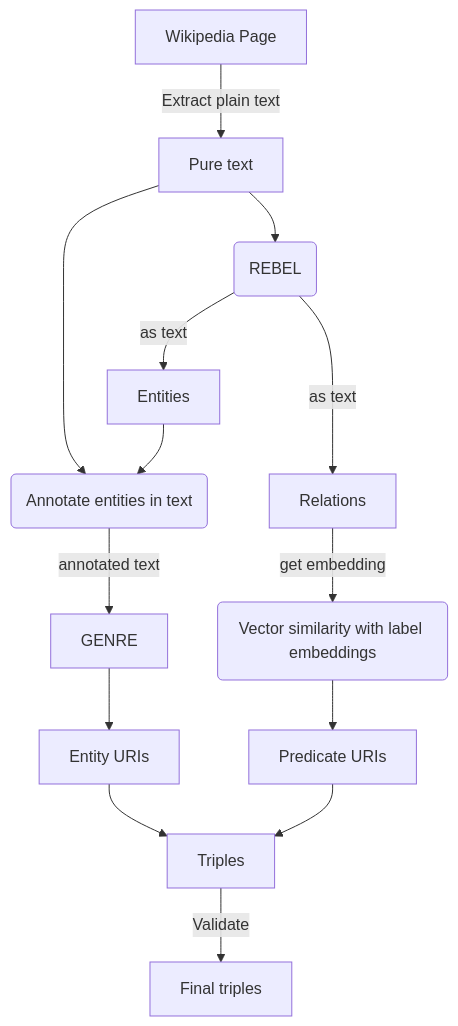
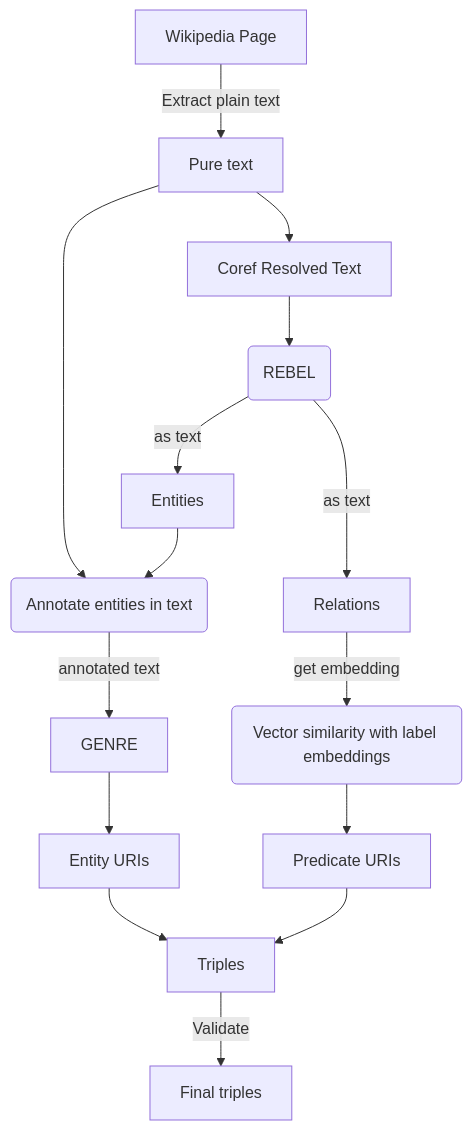
Before and after one commit to dbpedia/neural-extraction-framework: the diagram in GSoC23/Readme.md, drawn with Mermaid. The commit also changed other lines of this file, not shown here.

Commit message:
Add coref in workflow

````diff
--- a/GSoC23/Readme.md
+++ b/GSoC23/Readme.md
@@ -38,23 +40,24 @@
 ```mermaid
 graph TD
     wiki_page[Wikipedia Page] --Extract plain text--> pure_text[Pure text]
 
-    pure_text-->rebel(REBEL)
+    pure_text-->coref_resolved_text[Coref Resolved Text]
+    coref_resolved_text-->rebel(REBEL)
     rebel--as text-->entities[Entities]
     rebel--as text-->relations[Relations]
     
     relations--get embedding-->vector_similarity(Vector similarity with label embeddings);
     vector_similarity-->predicate_uris[Predicate URIs]
 
     pure_text-->annotation_for_genre(Annotate entities in text)
 
     entities-->annotation_for_genre
 
     annotation_for_genre--annotated text-->genre[GENRE]
 
     genre-->entity_uris[Entity URIs]
     
     entity_uris-->triples[Triples]
     predicate_uris-->triples[Triples]
     triples--Validate-->final_triples[Final triples]
 ```
````
